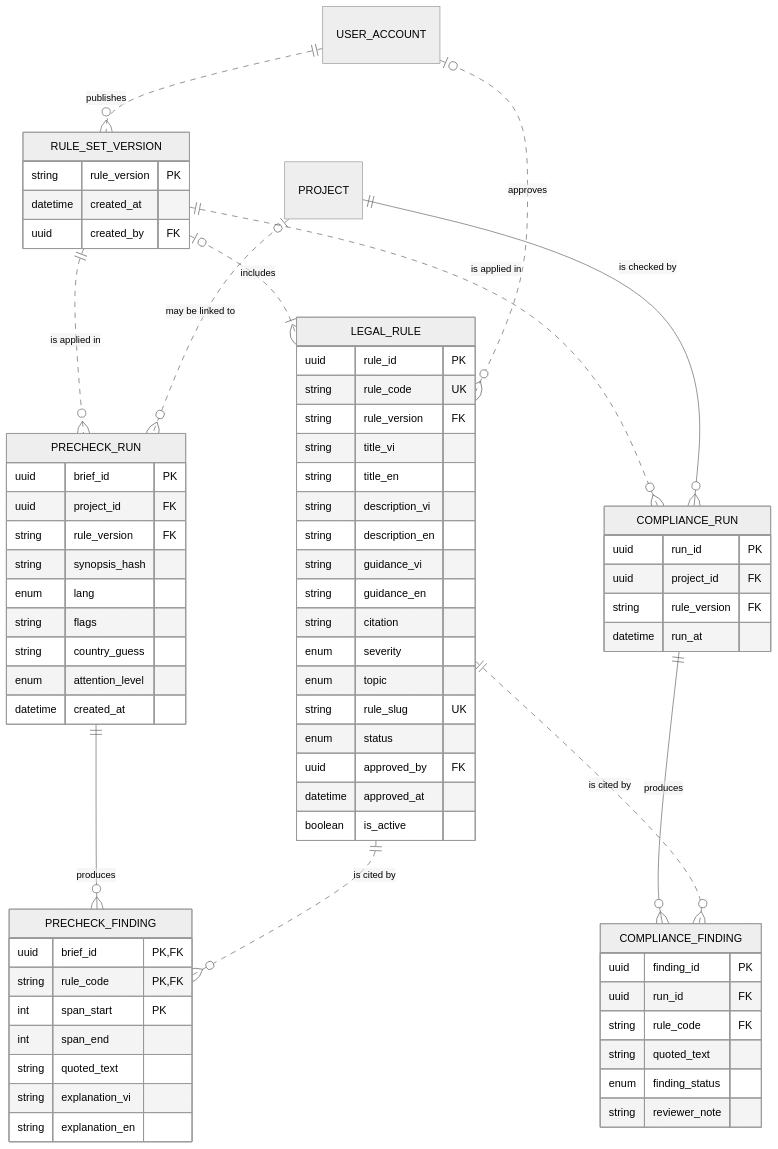
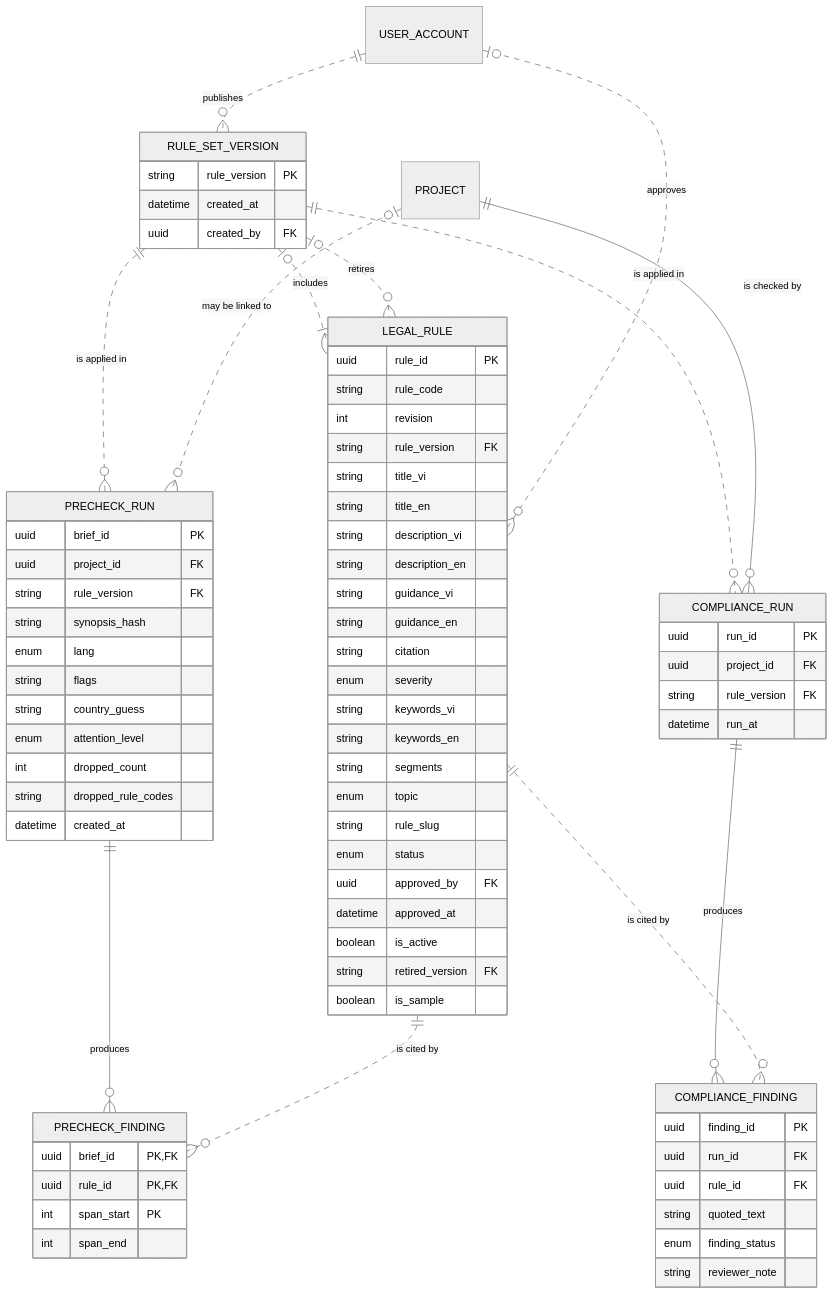
Before and after one commit to namnt2005/CINEMATCH-DBIZ3.TeamC: the diagram in data/data-model-M2.md, drawn with Mermaid (neutral theme). The commit also changed other lines of this file and 184 other files, not shown here.

````diff
--- a/data/data-model-M2.md
+++ b/data/data-model-M2.md
@@ -175,72 +181,78 @@
 ```mermaid
 erDiagram
     RULE_SET_VERSION |o..|{ LEGAL_RULE : "includes"
     USER_ACCOUNT ||..o{ RULE_SET_VERSION : "publishes"
+    RULE_SET_VERSION |o..o{ LEGAL_RULE : "retires"
     USER_ACCOUNT |o..o{ LEGAL_RULE : "approves"
     RULE_SET_VERSION ||..o{ PRECHECK_RUN : "is applied in"
     PROJECT |o..o{ PRECHECK_RUN : "may be linked to"
     PRECHECK_RUN ||--o{ PRECHECK_FINDING : "produces"
     LEGAL_RULE ||..o{ PRECHECK_FINDING : "is cited by"
     RULE_SET_VERSION ||..o{ COMPLIANCE_RUN : "is applied in"
     PROJECT ||--o{ COMPLIANCE_RUN : "is checked by"
     COMPLIANCE_RUN ||--o{ COMPLIANCE_FINDING : "produces"
     LEGAL_RULE ||..o{ COMPLIANCE_FINDING : "is cited by"
     LEGAL_RULE {
         uuid rule_id PK
-        string rule_code UK
+        string rule_code
+        int revision
         string rule_version FK
         string title_vi
         string title_en
         string description_vi
         string description_en
         string guidance_vi
         string guidance_en
         string citation
         enum severity
+        string keywords_vi
+        string keywords_en
+        string segments
         enum topic
-        string rule_slug UK
+        string rule_slug
         enum status
         uuid approved_by FK
         datetime approved_at
         boolean is_active
+        string retired_version FK
+        boolean is_sample
     }
     RULE_SET_VERSION {
         string rule_version PK
         datetime created_at
         uuid created_by FK
     }
     PRECHECK_RUN {
         uuid brief_id PK
         uuid project_id FK
         string rule_version FK
         string synopsis_hash
         enum lang
         string flags
         string country_guess
         enum attention_level
+        int dropped_count
+        string dropped_rule_codes
         datetime created_at
     }
     PRECHECK_FINDING {
         uuid brief_id PK,FK
-        string rule_code PK,FK
+        uuid rule_id PK,FK
         int span_start PK
         int span_end
-        string quoted_text
-        string explanation_vi
-        string explanation_en
     }
     COMPLIANCE_RUN {
         uuid run_id PK
         uuid project_id FK
         string rule_version FK
         datetime run_at
     }
     COMPLIANCE_FINDING {
         uuid finding_id PK
         uuid run_id FK
-        string rule_code FK
+        uuid rule_id FK
         string quoted_text
         enum finding_status
         string reviewer_note
     }
 ```
````
